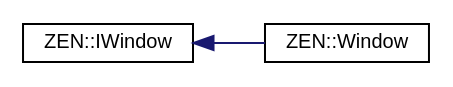
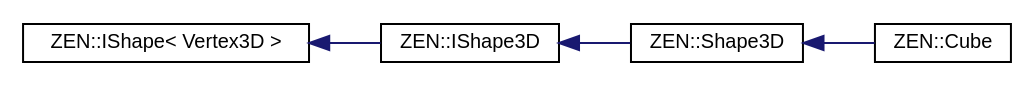
One commit to markhj/zeronetics changed the diagram in inherit_graph_18.dot. Above: the diagram before and after it, drawn with Graphviz. The commit also changed 186 other files, not shown here.

```diff
--- a/inherit_graph_18.dot
+++ b/inherit_graph_18.dot
@@ -1,10 +1,14 @@
 digraph "Graphical Class Hierarchy"
 {
  // LATEX_PDF_SIZE
   edge [fontname="Helvetica",fontsize="10",labelfontname="Helvetica",labelfontsize="10"];
   node [fontname="Helvetica",fontsize="10",shape=record];
   rankdir="LR";
-  Node0 [label="ZEN::IWindow",height=0.2,width=0.4,color="black", fillcolor="white", style="filled",URL="$classZEN_1_1IWindow.html",tooltip=" "];
+  Node0 [label="ZEN::IShape\< Vertex3D \>",height=0.2,width=0.4,color="black", fillcolor="white", style="filled",URL="$classZEN_1_1IShape.html",tooltip=" "];
   Node0 -> Node1 [dir="back",color="midnightblue",fontsize="10",style="solid",fontname="Helvetica"];
-  Node1 [label="ZEN::Window",height=0.2,width=0.4,color="black", fillcolor="white", style="filled",URL="$classZEN_1_1Window.html",tooltip=" "];
+  Node1 [label="ZEN::IShape3D",height=0.2,width=0.4,color="black", fillcolor="white", style="filled",URL="$classZEN_1_1IShape3D.html",tooltip=" "];
+  Node1 -> Node2 [dir="back",color="midnightblue",fontsize="10",style="solid",fontname="Helvetica"];
+  Node2 [label="ZEN::Shape3D",height=0.2,width=0.4,color="black", fillcolor="white", style="filled",URL="$classZEN_1_1Shape3D.html",tooltip=" "];
+  Node2 -> Node3 [dir="back",color="midnightblue",fontsize="10",style="solid",fontname="Helvetica"];
+  Node3 [label="ZEN::Cube",height=0.2,width=0.4,color="black", fillcolor="white", style="filled",URL="$classZEN_1_1Cube.html",tooltip=" "];
 }
```
